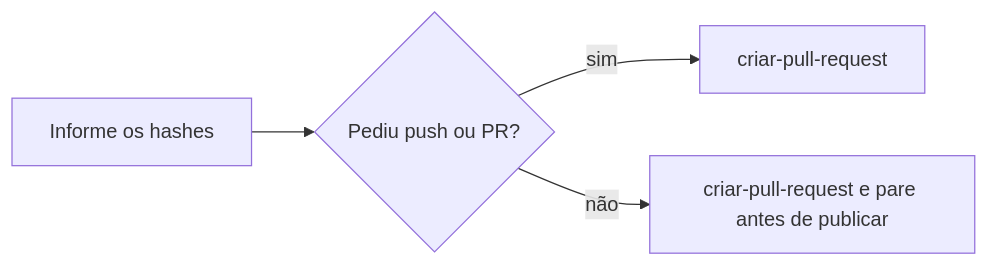
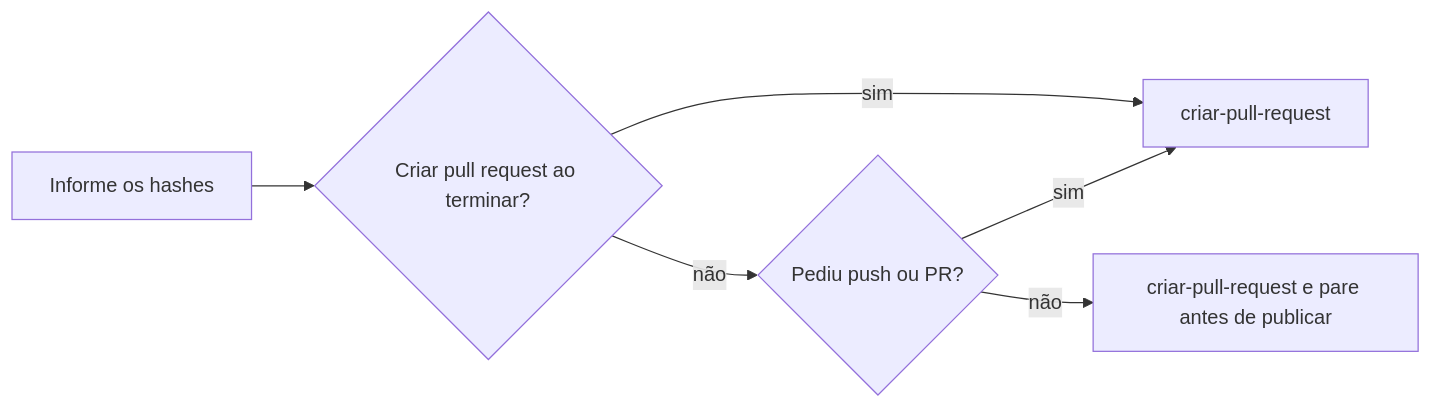
The second of 2 diagrams in .agents/skills/criar-commit/SKILL.md (jimmyandrade/harness), drawn with Mermaid before and after one commit. The commit also changed other lines of this file and 4 other files, not shown here.

First line of the commit message:
feat: open the pull request when the project asks

````diff
--- a/.agents/skills/criar-commit/SKILL.md
+++ b/.agents/skills/criar-commit/SKILL.md
@@ -69,6 +72,8 @@
 ```mermaid
 flowchart LR
-  H[Informe os hashes] --> A{Pediu push ou PR?}
-  A -->|sim| B[criar-pull-request]
+  H[Informe os hashes] --> P{Criar pull request ao terminar?}
+  P -->|sim| B[criar-pull-request]
+  P -->|não| A{Pediu push ou PR?}
+  A -->|sim| B
   A -->|não| C[criar-pull-request e pare antes de publicar]
 ```
````
